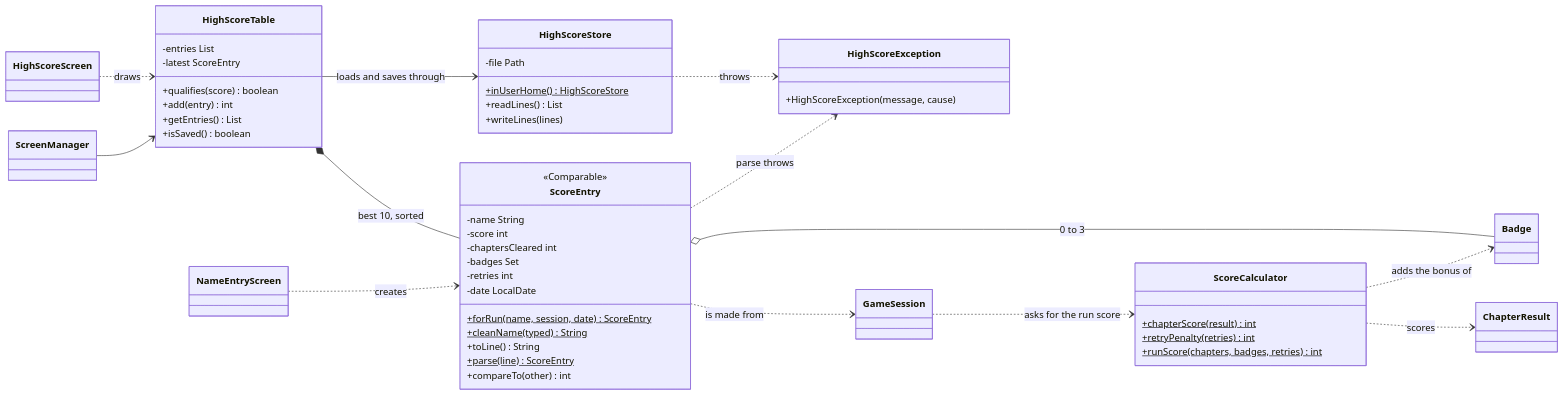
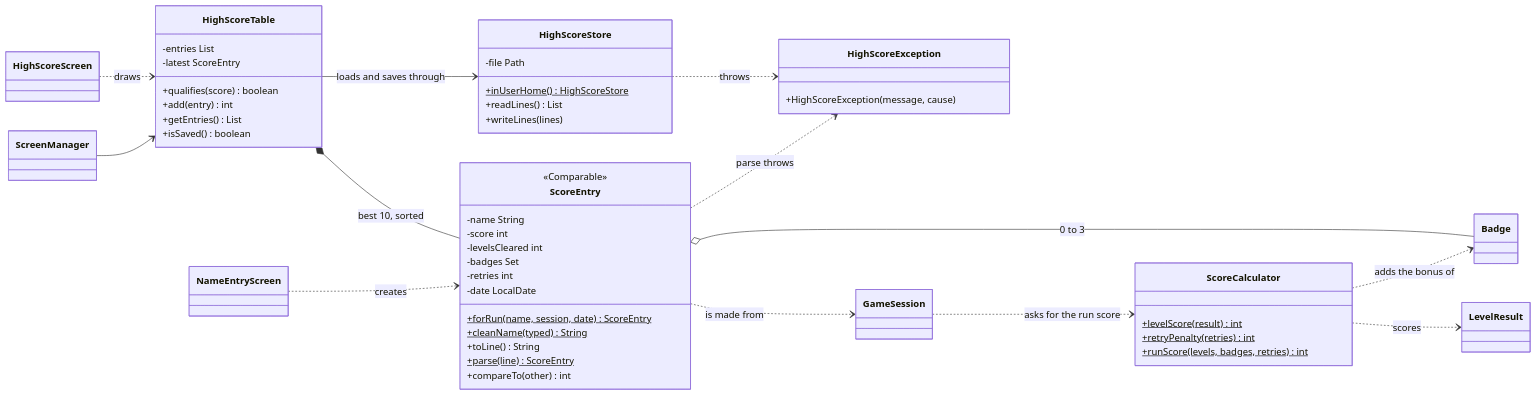
Before and after one commit to NJJAV33/Fish2trash: the seventh of 7 diagrams in docs/class-diagram.md, drawn with Mermaid. The commit also changed other lines of this file and 68 other files, not shown here.

````diff
--- a/docs/class-diagram.md
+++ b/docs/class-diagram.md
@@ -866,65 +895,65 @@
 ```mermaid
 classDiagram
     direction LR
 
     class ScoreCalculator {
-        +chapterScore(result)$ int
+        +levelScore(result)$ int
         +retryPenalty(retries)$ int
-        +runScore(chapters, badges, retries)$ int
+        +runScore(levels, badges, retries)$ int
     }
 
     class ScoreEntry {
         <<Comparable>>
         -name String
         -score int
-        -chaptersCleared int
+        -levelsCleared int
         -badges Set
         -retries int
         -date LocalDate
         +forRun(name, session, date)$ ScoreEntry
         +cleanName(typed)$ String
         +toLine() String
         +parse(line)$ ScoreEntry
         +compareTo(other) int
     }
 
     class HighScoreTable {
         -entries List
         -latest ScoreEntry
         +qualifies(score) boolean
         +add(entry) int
         +getEntries() List
         +isSaved() boolean
     }
 
     class HighScoreStore {
         -file Path
         +inUserHome()$ HighScoreStore
         +readLines() List
         +writeLines(lines)
     }
 
     class HighScoreException {
         +HighScoreException(message, cause)
     }
 
     class GameSession
-    class ChapterResult
+    class LevelResult
     class Badge
     class ScreenManager
     class NameEntryScreen
     class HighScoreScreen
 
     GameSession ..> ScoreCalculator : asks for the run score
-    ScoreCalculator ..> ChapterResult : scores
+    ScoreCalculator ..> LevelResult : scores
     ScoreCalculator ..> Badge : adds the bonus of
     ScoreEntry ..> GameSession : is made from
     ScoreEntry o-- Badge : 0 to 3
     ScoreEntry ..> HighScoreException : parse throws
     HighScoreTable *-- ScoreEntry : best 10, sorted
     HighScoreTable --> HighScoreStore : loads and saves through
     HighScoreStore ..> HighScoreException : throws
     ScreenManager --> HighScoreTable
     NameEntryScreen ..> ScoreEntry : creates
     HighScoreScreen ..> HighScoreTable : draws
 ```
````
